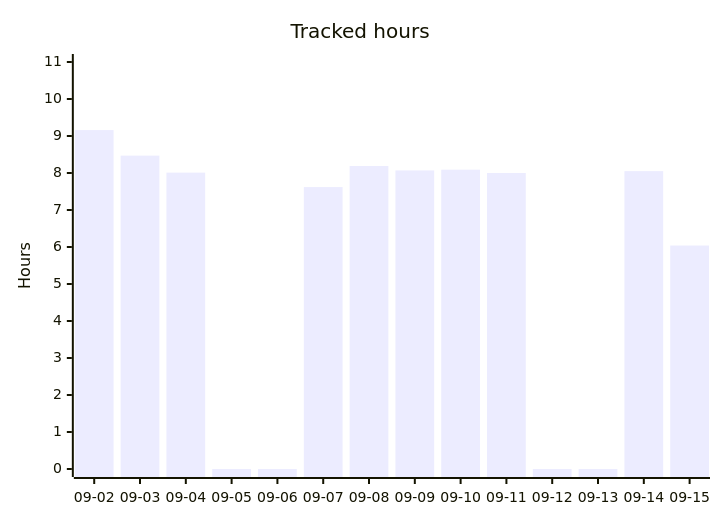
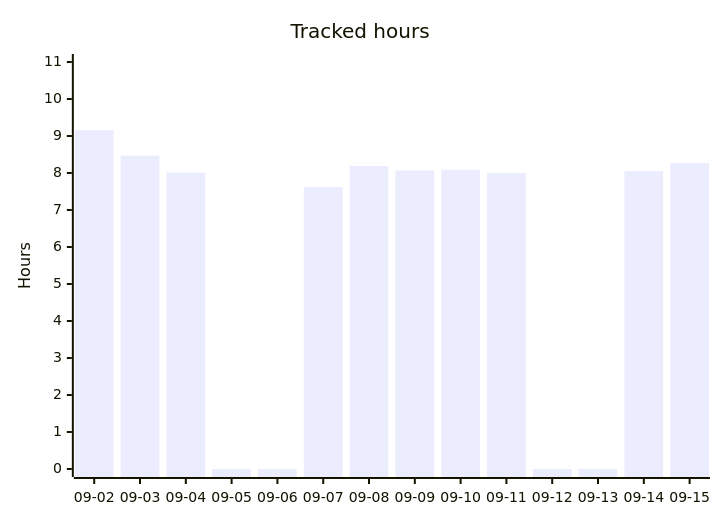
Before and after one commit to albinforsberg-netizen/timeclock: the second of 5 diagrams in README.org, drawn with Mermaid. The commit also changed other lines of this file, not shown here.

```diff
--- a/README.org
+++ b/README.org
@@ -96,7 +96,7 @@
 #+begin_src mermaid
 xychart-beta
     title "Tracked hours"
     x-axis ["09-02", "09-03", "09-04", "09-05", "09-06", "09-07", "09-08", "09-09", "09-10", "09-11", "09-12", "09-13", "09-14", "09-15"]
     y-axis "Hours" 0 --> 11
-    bar [9.16, 8.47, 8.01, 0.00, 0.00, 7.62, 8.19, 8.07, 8.09, 8.00, 0.00, 0.00, 8.05, 6.04]
+    bar [9.16, 8.47, 8.01, 0.00, 0.00, 7.62, 8.19, 8.07, 8.09, 8.00, 0.00, 0.00, 8.05, 8.27]
 #+end_src
```
